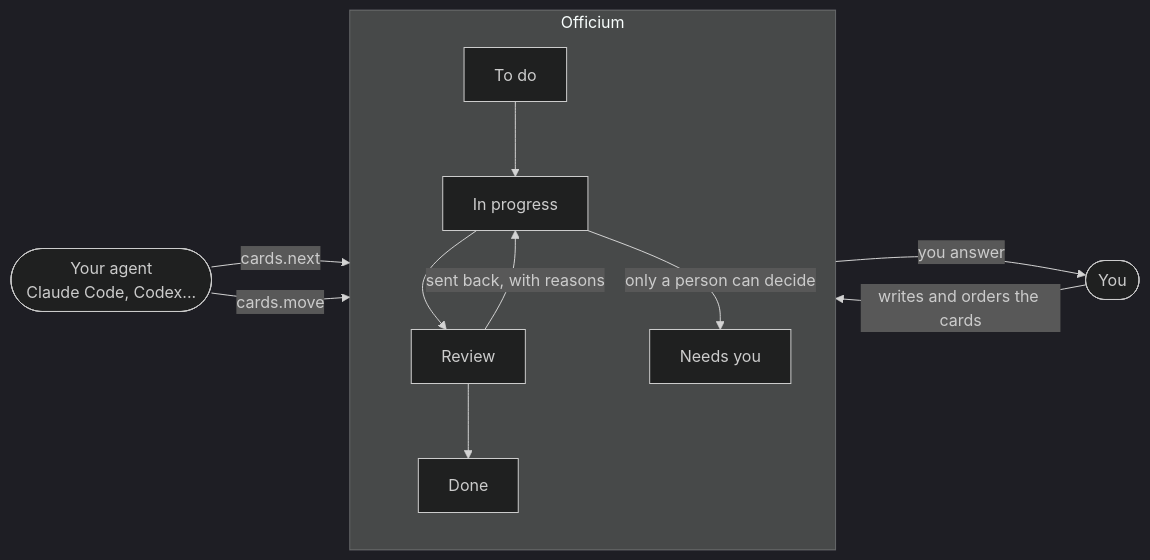
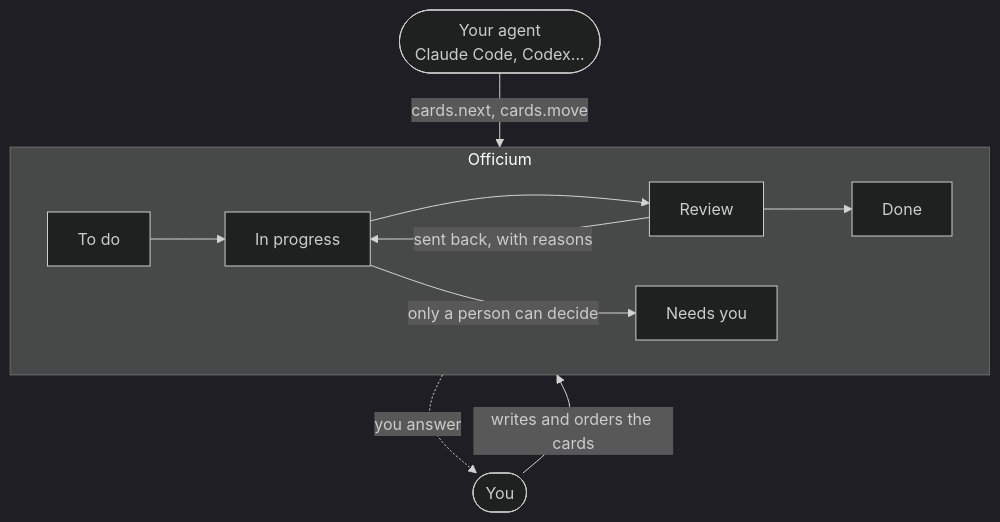
One commit to CMolG/officium changed the diagram in README.md. Above: the diagram before and after it, drawn with Mermaid (dark theme).

Commit message:
README: card flow diagram top to bottom
Published from javadaba-webpage@ef745f46b.

````diff
--- a/README.md
+++ b/README.md
@@ -61,16 +61,14 @@
 ```mermaid
-flowchart LR
+flowchart TB
   you(["You"])
   agent(["Your agent<br/>Claude Code, Codex..."])
   subgraph officium ["Officium"]
-    direction TB
+    direction LR
     todo["To do"] --> doing["In progress"] --> review["Review"] --> done["Done"]
     review -- "sent back, with reasons" --> doing
-    needs["Needs you"]
+    doing -- "only a person can decide" --> needs["Needs you"]
   end
   you -- "writes and orders the cards" --> todo
-  agent -- "cards.next" --> todo
-  agent -- "cards.move" --> doing
-  doing -- "only a person can decide" --> needs
-  needs -- "you answer" --> you
+  agent -- "cards.next, cards.move" --> doing
+  needs -. "you answer" .-> you
 ```
````
